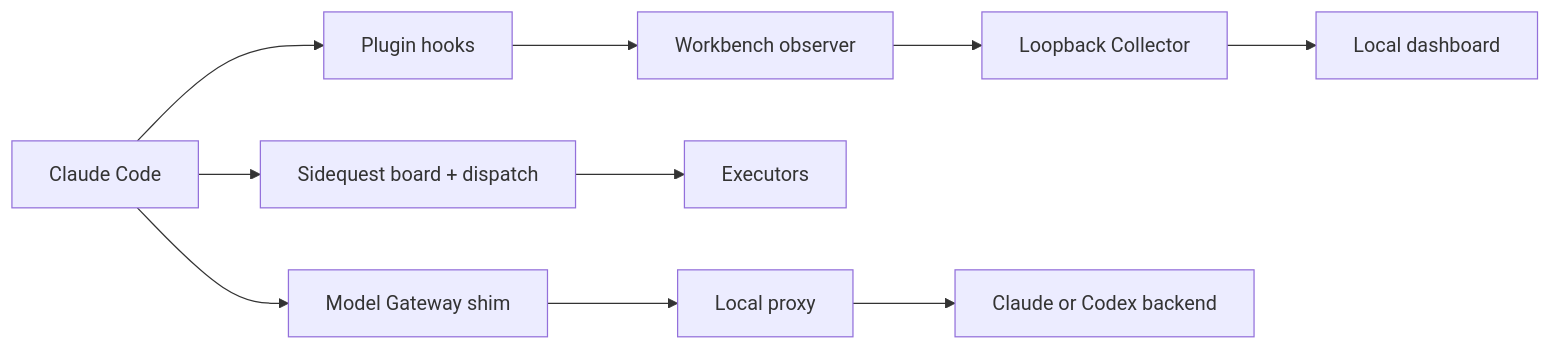
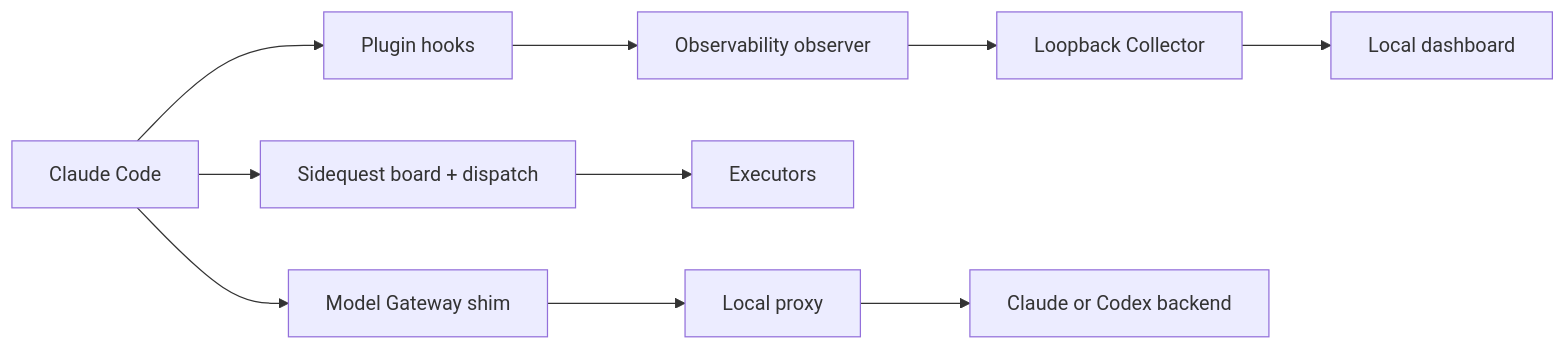
The diagram in docs/src/content/docs/architecture.md (Eigenwise/eigenwise-toolshed), drawn with Mermaid before and after one commit. The commit also changed other lines of this file and 164 other files, not shown here.

````diff
--- a/docs/src/content/docs/architecture.md
+++ b/docs/src/content/docs/architecture.md
@@ -8,12 +8,12 @@
 ```mermaid
 flowchart LR
   CC[Claude Code] --> H[Plugin hooks]
-  H --> O[Workbench observer]
+  H --> O[Observability observer]
   O --> C[Loopback Collector]
   C --> G[Local dashboard]
   CC --> S[Sidequest board + dispatch]
   S --> E[Executors]
   CC --> W[Model Gateway shim]
   W --> P[Local proxy]
   P --> API[Claude or Codex backend]
 ```
````
